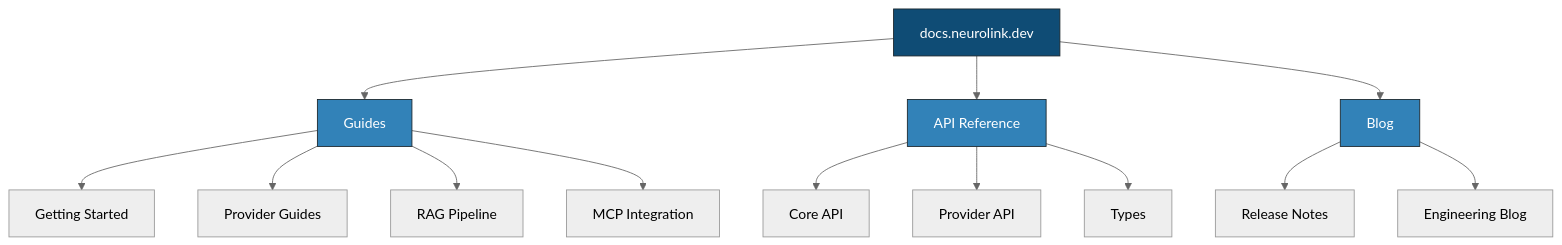
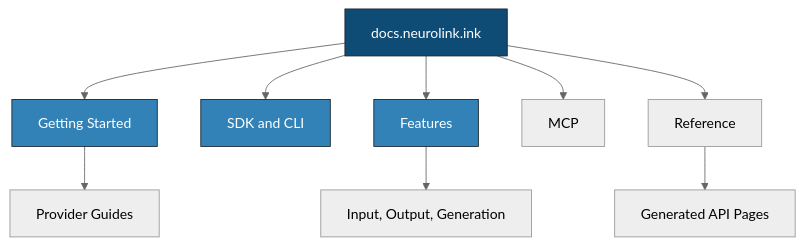
One commit to juspay/neurolink-blog changed the second of 2 diagrams in _posts/2026-02-14-neurolink-docusaurus.md. Above: the diagram before and after it, drawn with Mermaid (neutral theme). The commit also changed other lines of this file and 172 other files, not shown here.

````diff
--- a/_posts/2026-02-14-neurolink-docusaurus.md
+++ b/_posts/2026-02-14-neurolink-docusaurus.md
@@ -105,19 +102,15 @@
 ```mermaid
 flowchart TD
-    A["docs.neurolink.dev"] --> B["Guides"]
-    A --> C["API Reference"]
-    A --> D["Blog"]
-    B --> E["Getting Started"]
-    B --> F["Provider Guides"]
-    B --> G["RAG Pipeline"]
-    B --> H["MCP Integration"]
-    C --> I["Core API"]
-    C --> J["Provider API"]
-    C --> K["Types"]
-    D --> L["Release Notes"]
-    D --> M["Engineering Blog"]
+    A["docs.neurolink.ink"] --> B["Getting Started"]
+    A --> C["SDK and CLI"]
+    A --> D["Features"]
+    A --> E["MCP"]
+    A --> F["Reference"]
+    B --> G["Provider Guides"]
+    D --> H["Input, Output, Generation"]
+    F --> I["Generated API Pages"]
     style A fill:#0f4c75,stroke:#1b262c,color:#fff
     style B fill:#3282b8,stroke:#1b262c,color:#fff
     style C fill:#3282b8,stroke:#1b262c,color:#fff
     style D fill:#3282b8,stroke:#1b262c,color:#fff
 ```
````
